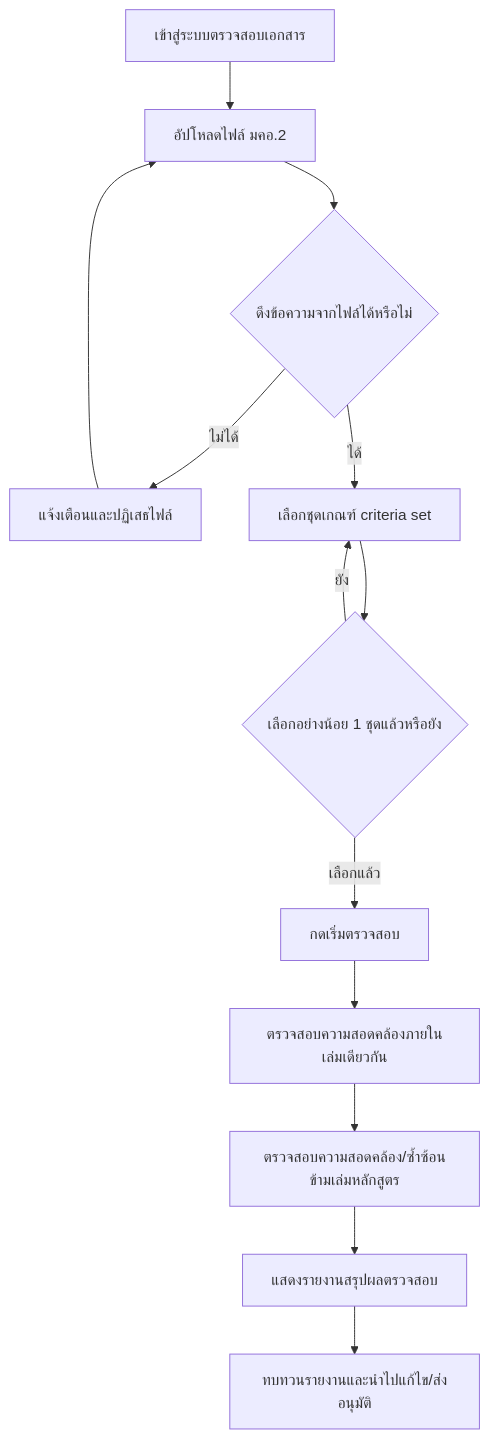
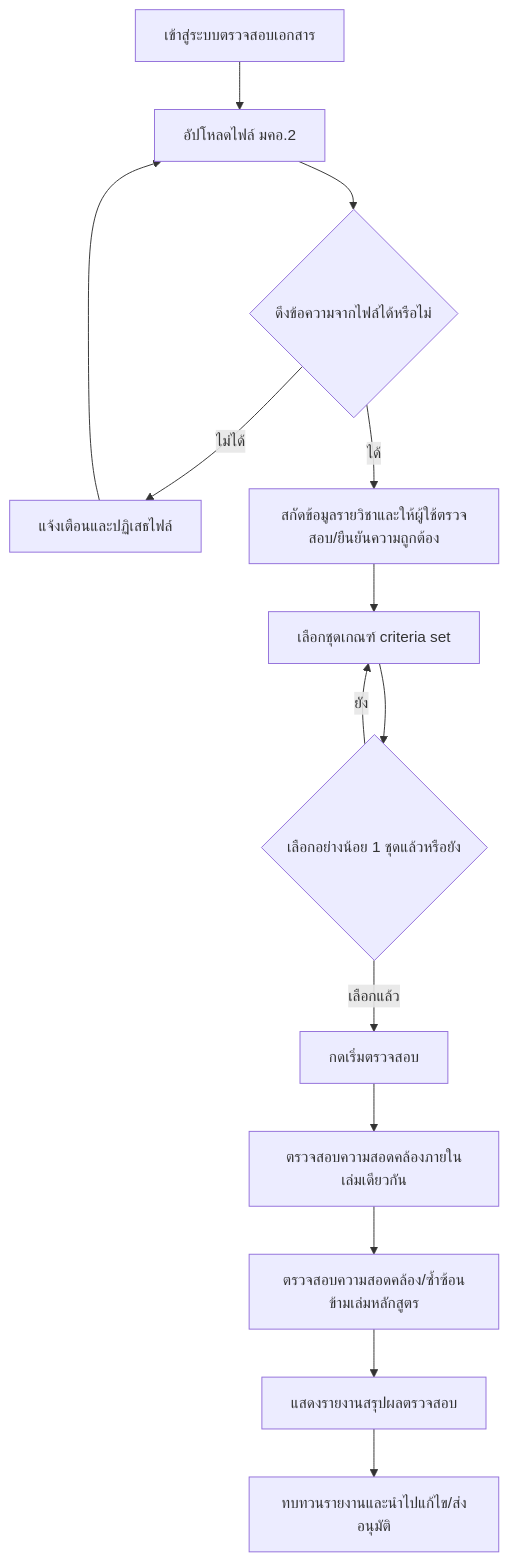
Before and after one commit to patcharapolpon-ux/Cur-Mate: the diagram in docs/02-design/01-prototypes/20260823-01-user-journey-course-coordinator-upload.md, drawn with Mermaid. The commit also changed other lines of this file and 22 other files, not shown here.

````diff
--- a/docs/02-design/01-prototypes/20260823-01-user-journey-course-coordinator-upload.md
+++ b/docs/02-design/01-prototypes/20260823-01-user-journey-course-coordinator-upload.md
@@ -19,15 +19,16 @@
 ```mermaid
 flowchart TD
     A[เข้าสู่ระบบตรวจสอบเอกสาร] --> B[อัปโหลดไฟล์ มคอ.2]
     B --> C{ดึงข้อความจากไฟล์ได้หรือไม่}
     C -->|ไม่ได้| D[แจ้งเตือนและปฏิเสธไฟล์]
     D --> B
-    C -->|ได้| E[เลือกชุดเกณฑ์ criteria set]
+    C -->|ได้| E2[สกัดข้อมูลรายวิชาและให้ผู้ใช้ตรวจสอบ/ยืนยันความถูกต้อง]
+    E2 --> E[เลือกชุดเกณฑ์ criteria set]
     E --> F{เลือกอย่างน้อย 1 ชุดแล้วหรือยัง}
     F -->|ยัง| E
     F -->|เลือกแล้ว| G[กดเริ่มตรวจสอบ]
     G --> H[ตรวจสอบความสอดคล้องภายในเล่มเดียวกัน]
     H --> I[ตรวจสอบความสอดคล้อง/ซ้ำซ้อนข้ามเล่มหลักสูตร]
     I --> J[แสดงรายงานสรุปผลตรวจสอบ]
     J --> K[ทบทวนรายงานและนำไปแก้ไข/ส่งอนุมัติ]
 ```
````
